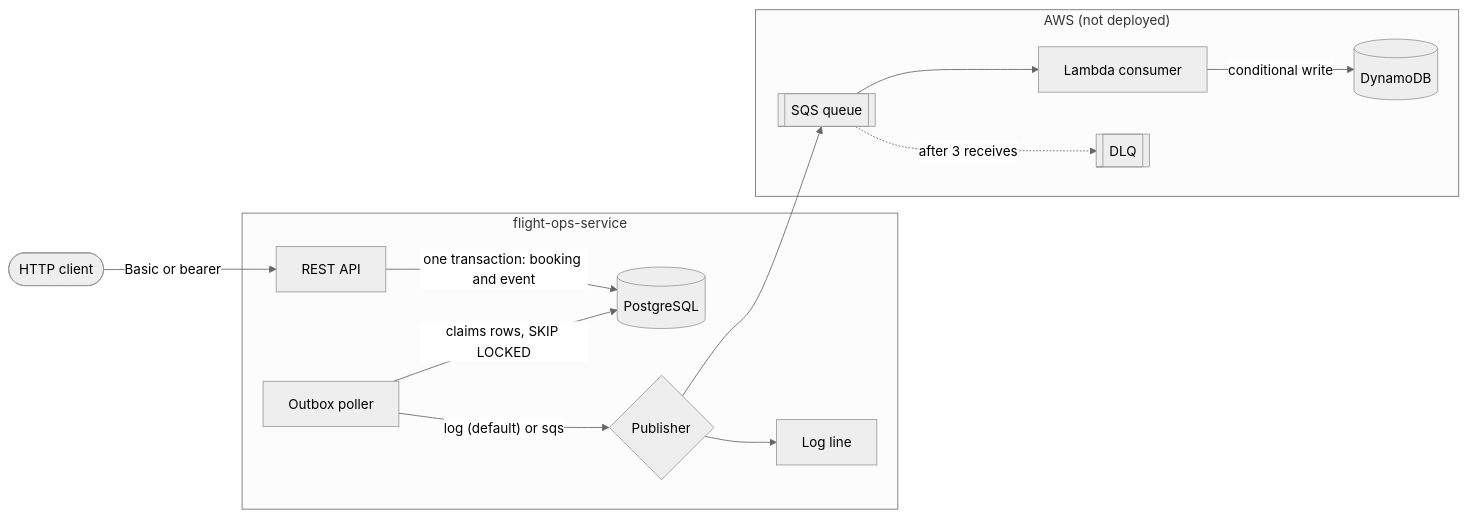
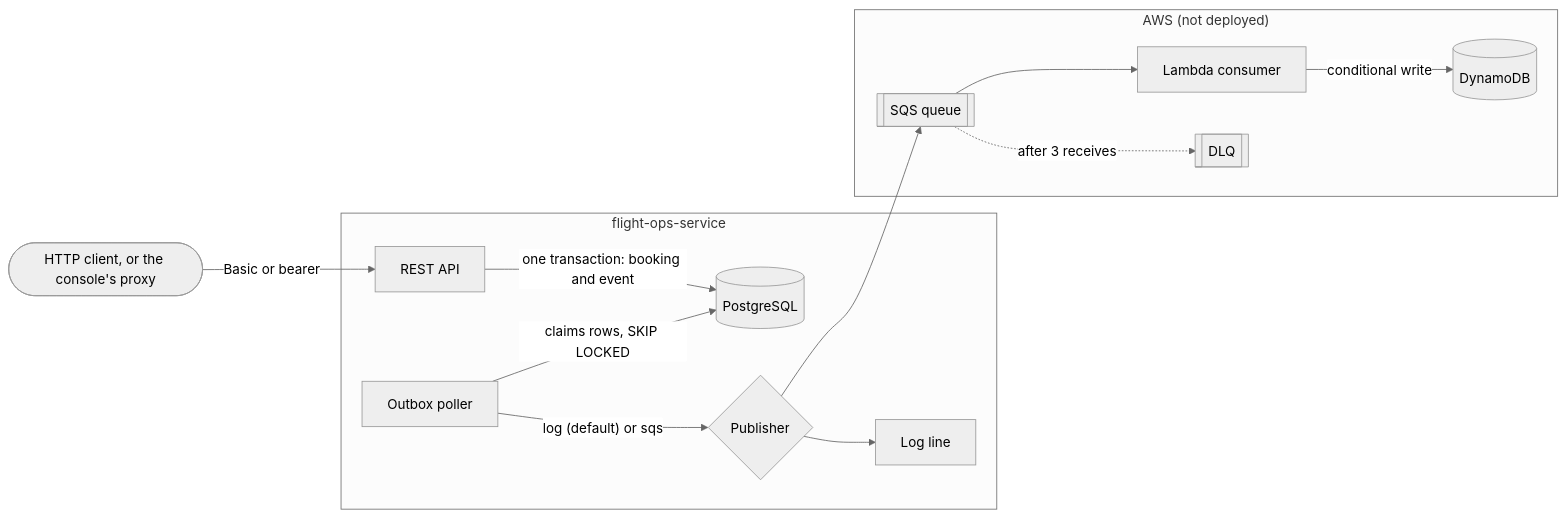
Before and after one commit to smit-lakhani-13/flight-ops-services: the diagram in README.md, drawn with Mermaid (neutral theme). The commit also changed other lines of this file and 90 other files, not shown here.

````diff
--- a/README.md
+++ b/README.md
@@ -15,16 +15,16 @@
 ```mermaid
 flowchart LR
-  client([HTTP client]) -->|"Basic or bearer"| api
+  client(["HTTP client, or the console's proxy"]) -->|"Basic or bearer"| api
   subgraph svc ["flight-ops-service"]
     api[REST API] -->|"one transaction: booking and event"| db[(PostgreSQL)]
     poller[Outbox poller] -->|"claims rows, SKIP LOCKED"| db
     poller -->|"log (default) or sqs"| pub{Publisher}
     pub --> logline[Log line]
   end
   subgraph aws ["AWS (not deployed)"]
     sqs[[SQS queue]] --> fn[Lambda consumer]
     fn -->|"conditional write"| ddb[(DynamoDB)]
     sqs -.->|"after 3 receives"| dlq[[DLQ]]
   end
   pub --> sqs
 ```
````
